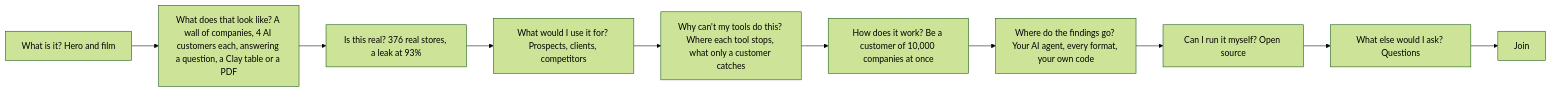
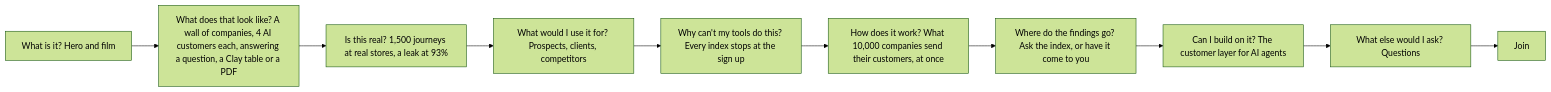
One commit to UseObsession/homepage changed the second of 2 diagrams in COPY.md. Above: the diagram before and after it, drawn with Mermaid (forest theme). The commit also changed other lines of this file and 148 other files, not shown here.

````diff
--- a/COPY.md
+++ b/COPY.md
@@ -163,11 +163,11 @@
 ```mermaid
 flowchart LR
   a["What is it? Hero and film"] --> l["What does that look like? A wall of companies, 4 AI customers each, answering a question, a Clay table or a PDF"]
-  l --> b["Is this real? 376 real stores, a leak at 93%"]
+  l --> b["Is this real? 1,500 journeys at real stores, a leak at 93%"]
   b --> e["What would I use it for? Prospects, clients, competitors"]
-  e --> d["Why can't my tools do this? Where each tool stops, what only a customer catches"]
-  d --> c["How does it work? Be a customer of 10,000 companies at once"]
-  c --> c2["Where do the findings go? Your AI agent, every format, your own code"]
-  c2 --> o["Can I run it myself? Open source"]
+  e --> d["Why can't my tools do this? Every index stops at the sign up"]
+  d --> c["How does it work? What 10,000 companies send their customers, at once"]
+  c --> c2["Where do the findings go? Ask the index, or have it come to you"]
+  c2 --> o["Can I build on it? The customer layer for AI agents"]
   o --> j["What else would I ask? Questions"] --> k["Join"]
 ```
````
